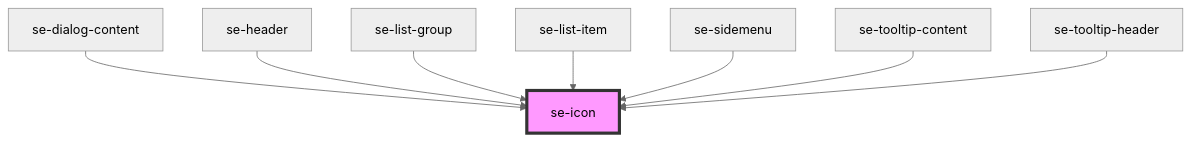
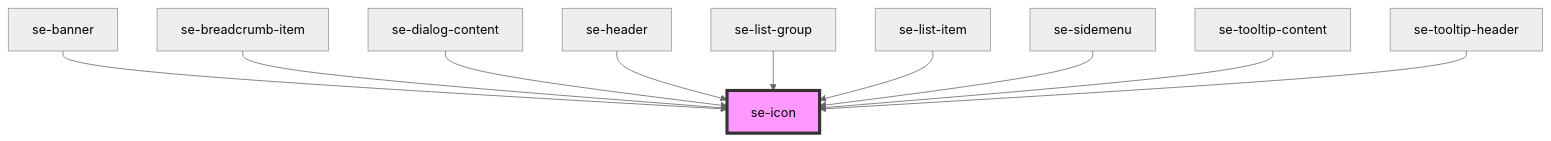
One commit to robbiemcmullense/se-web-ui changed the diagram in src-core/src/components/icon/readme.md. Above: the diagram before and after it, drawn with Mermaid (neutral theme). The commit also changed other lines of this file and 35 other files, not shown here.

Commit message:
initial setup of banner, banner-item components

````diff
--- a/src-core/src/components/icon/readme.md
+++ b/src-core/src/components/icon/readme.md
@@ -30,11 +32,13 @@
 ```mermaid
 graph TD;
+  se-banner --> se-icon
+  se-breadcrumb-item --> se-icon
   se-dialog-content --> se-icon
   se-header --> se-icon
   se-list-group --> se-icon
   se-list-item --> se-icon
   se-sidemenu --> se-icon
   se-tooltip-content --> se-icon
   se-tooltip-header --> se-icon
   style se-icon fill:#f9f,stroke:#333,stroke-width:4px
 ```
````
